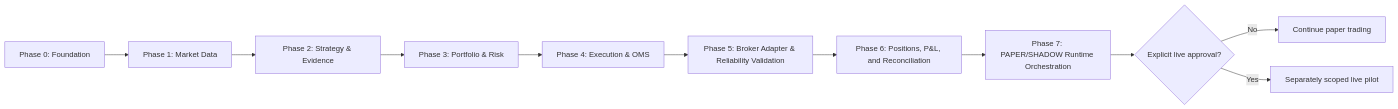
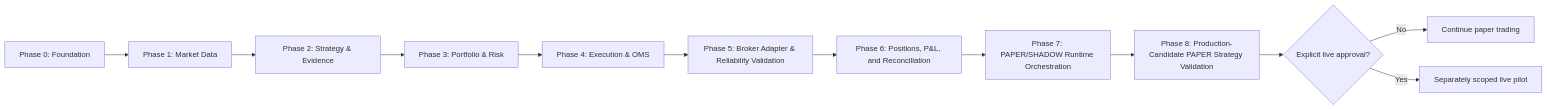
The diagram in docs/product/ROADMAP.md (bibhuyash/tradeedge), drawn with Mermaid before and after one commit. The commit also changed other lines of this file and 17 other files, not shown here.

````diff
--- a/docs/product/ROADMAP.md
+++ b/docs/product/ROADMAP.md
@@ -7,13 +7,14 @@
 ```mermaid
 flowchart LR
     P0["Phase 0: Foundation"] --> P1["Phase 1: Market Data"]
     P1 --> P2["Phase 2: Strategy & Evidence"]
     P2 --> P3["Phase 3: Portfolio & Risk"]
     P3 --> P4["Phase 4: Execution & OMS"]
     P4 --> P5["Phase 5: Broker Adapter & Reliability Validation"]
     P5 --> P6["Phase 6: Positions, P&L, and Reconciliation"]
     P6 --> P7["Phase 7: PAPER/SHADOW Runtime Orchestration"]
-    P7 --> G{"Explicit live approval?"}
+    P7 --> P8["Phase 8: Production-Candidate PAPER Strategy Validation"]
+    P8 --> G{"Explicit live approval?"}
     G -->|No| PT["Continue paper trading"]
     G -->|Yes| LP["Separately scoped live pilot"]
 ```
````
